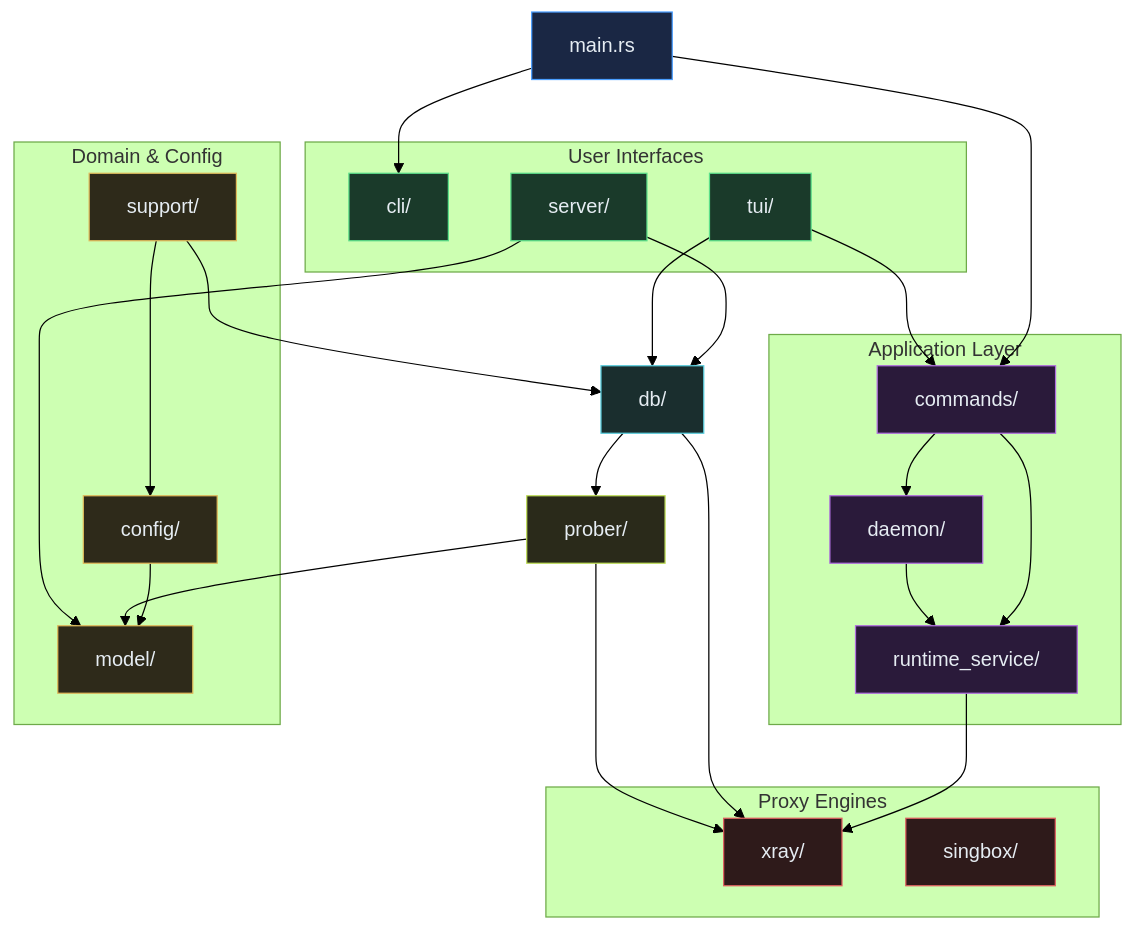
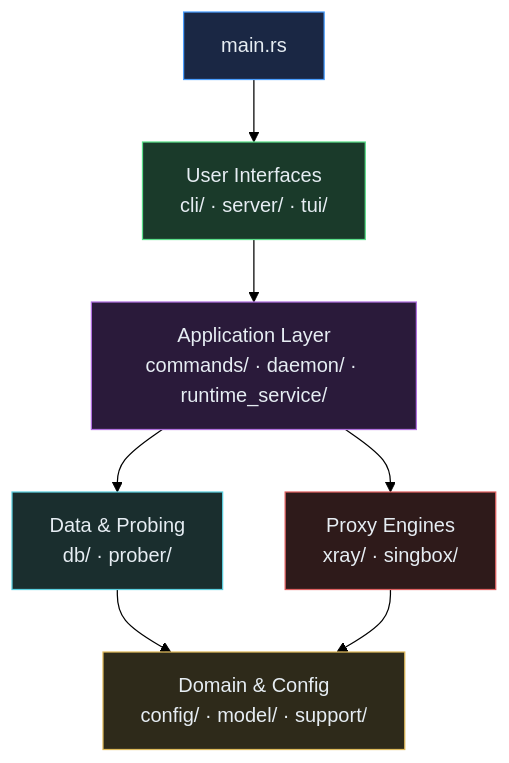
One commit to mhyrzt/xrat changed the first of 6 diagrams in docs/src/06-architecture/module-structure.md. Above: the diagram before and after it, drawn with Mermaid (forest theme). The commit also changed other lines of this file and 6 other files, not shown here.

Commit message:
docs(architecture): clean up diagrams

````diff
--- a/docs/src/06-architecture/module-structure.md
+++ b/docs/src/06-architecture/module-structure.md
@@ -11,63 +11,24 @@
 ```mermaid
-graph TB
+flowchart TB
     classDef entry  fill:#1a2744,stroke:#4a9eff,color:#e6edf3
     classDef iface  fill:#1a3a2a,stroke:#5bdf8a,color:#e6edf3
     classDef app    fill:#2a1a3a,stroke:#b070df,color:#e6edf3
     classDef domain fill:#2e2a1a,stroke:#dfba5b,color:#e6edf3
     classDef store  fill:#1a2e2e,stroke:#5bcfdf,color:#e6edf3
     classDef engine fill:#2e1a1a,stroke:#df6060,color:#e6edf3
     classDef probe  fill:#2a2a1a,stroke:#c0df5b,color:#e6edf3
 
     main["main.rs"]:::entry
+    ui["User Interfaces<br/>cli/ · server/ · tui/"]:::iface
+    app["Application Layer<br/>commands/ · daemon/ · runtime_service/"]:::app
+    data["Data & Probing<br/>db/ · prober/"]:::store
+    engines["Proxy Engines<br/>xray/ · singbox/"]:::engine
+    domain["Domain & Config<br/>config/ · model/ · support/"]:::domain
 
-    subgraph ui["User Interfaces"]
-        cli["cli/"]:::iface
-        server["server/"]:::iface
-        tui["tui/"]:::iface
-    end
-
-    subgraph app_layer["Application Layer"]
-        cmds["commands/"]:::app
-        daemon["daemon/"]:::app
-        rtsvc["runtime_service/"]:::app
-    end
-
-    subgraph domain_layer["Domain & Config"]
-        model["model/"]:::domain
-        config["config/"]:::domain
-        support["support/"]:::domain
-    end
-
-    db["db/"]:::store
-
-    subgraph engine_layer["Proxy Engines"]
-        xray["xray/"]:::engine
-        singbox["singbox/"]:::engine
-    end
-
-    prober["prober/"]:::probe
-
-    main --> cli
-    main --> cmds
-
-    cmds --> rtsvc
-    cmds --> daemon
-    daemon --> rtsvc
-    rtsvc --> xray
-
-    config --> model
-    support --> config
-    support --> db
-
-    db --> xray
-    db --> prober
-
-    prober --> xray
-    prober --> model
-
-    server --> db
-    server --> model
-
-    tui --> cmds
-    tui --> db
+    main --> ui
+    ui --> app
+    app --> data
+    app --> engines
+    data --> domain
+    engines --> domain
 ```
````
